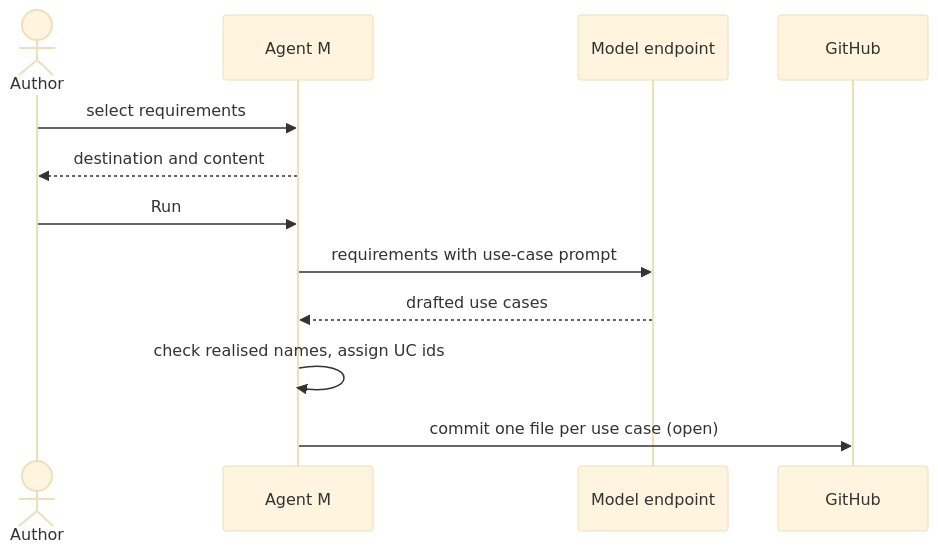
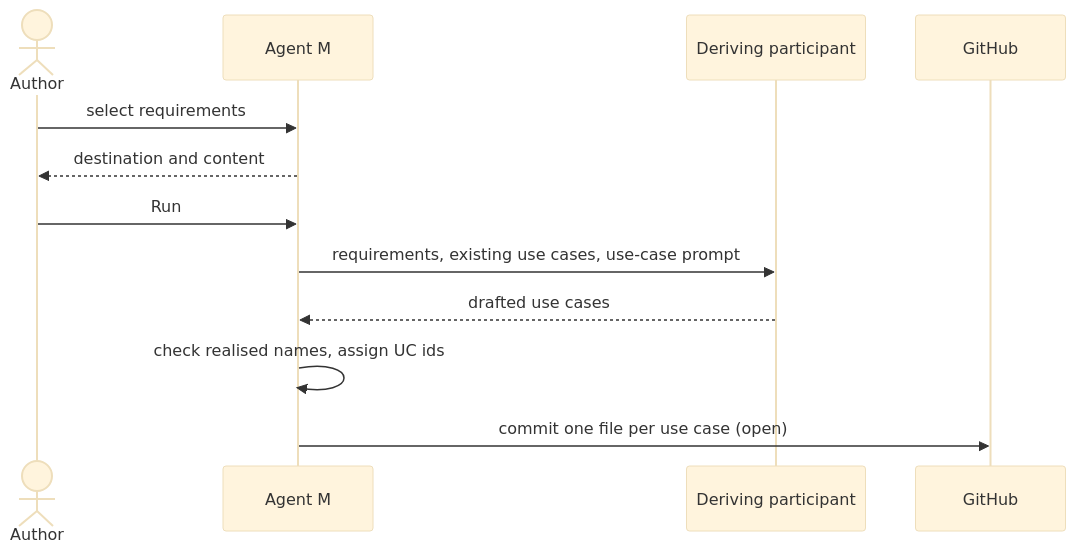
The diagram in docs/use-cases/UC-007-derive-use-cases-from-requirements.md (akmaier/agent-m), drawn with Mermaid (base theme) before and after one commit. The commit also changed other lines of this file and 29 other files, not shown here.

````diff
--- a/docs/use-cases/UC-007-derive-use-cases-from-requirements.md
+++ b/docs/use-cases/UC-007-derive-use-cases-from-requirements.md
@@ -49,14 +53,14 @@
 ```mermaid
 sequenceDiagram
     actor A as Author
     participant M as Agent M
-    participant E as Model endpoint
+    participant E as Deriving participant
     participant G as GitHub
     A->>M: select requirements
     M-->>A: destination and content
     A->>M: Run
-    M->>E: requirements with use-case prompt
+    M->>E: requirements, existing use cases, use-case prompt
     E-->>M: drafted use cases
     M->>M: check realised names, assign UC ids
     M->>G: commit one file per use case (open)
 ```
````
